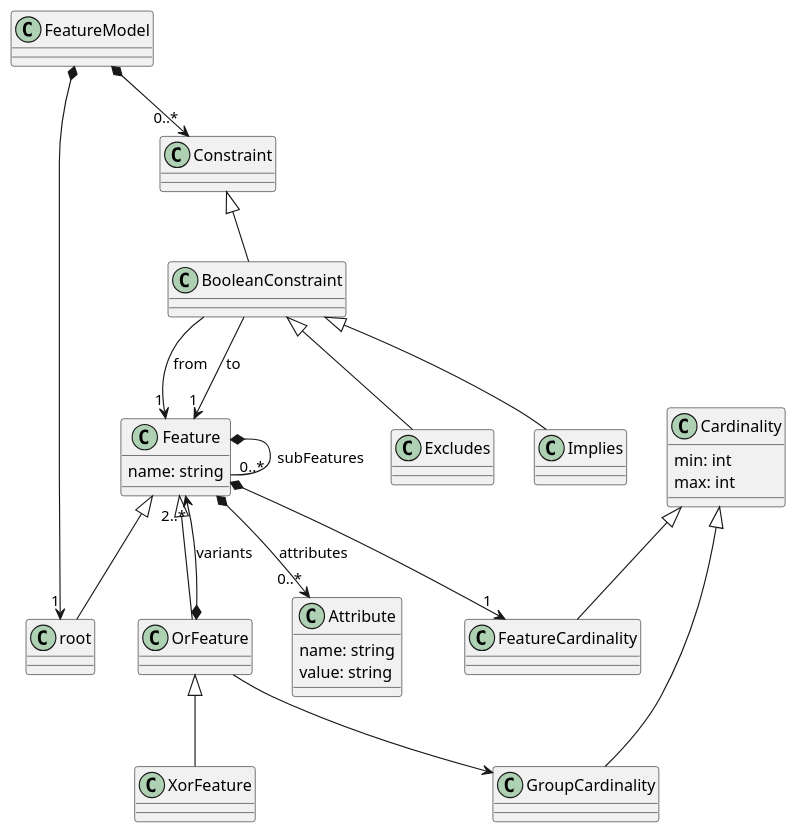
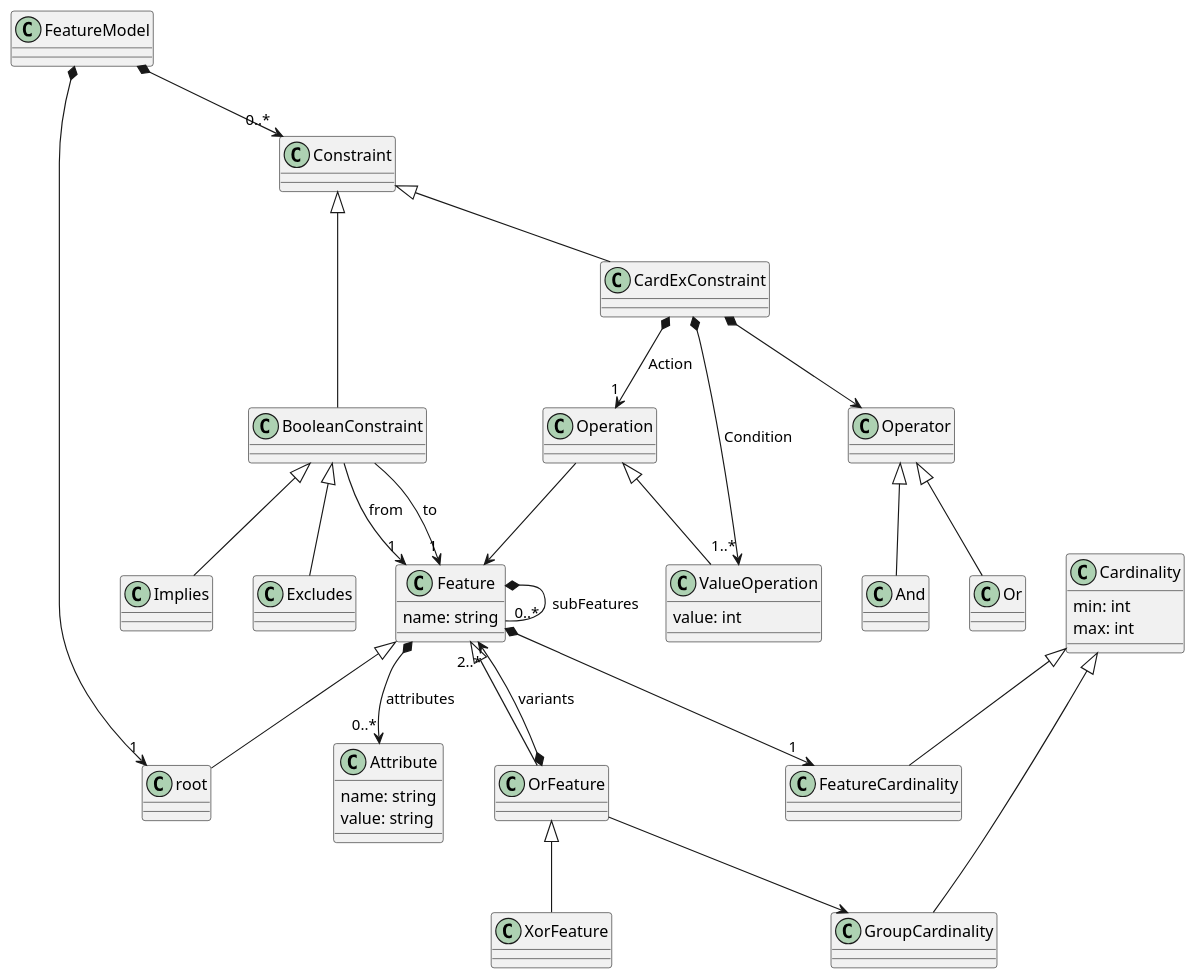
One commit to qunnn41/SFEA changed the diagram in SFEA/metamodel.puml. Above: the diagram before and after it, drawn with PlantUML. The commit also changed 20 other files, not shown here.

```diff
--- a/SFEA/metamodel.puml
+++ b/SFEA/metamodel.puml
@@ -1,40 +1,54 @@
 @startuml
 
 FeatureModel *--> "1" root
 
 Feature <|-- root
 Feature *-- "0..*" Feature : subFeatures
 
 class Feature {
 name: string
 }
 
 Feature <|-- OrFeature
 OrFeature <|-- XorFeature
 
 class Cardinality {
 min: int
 max: int
 }
 
 Cardinality <|-- GroupCardinality
 Cardinality <|-- FeatureCardinality
 
 class Attribute {
 name: string
 value: string
 }
 
 Feature *--> "0..*" Attribute: attributes
 Feature *--> "1" FeatureCardinality
 OrFeature *--> "2..*" Feature : variants
 OrFeature --> GroupCardinality
 
 FeatureModel *--> "0..*" Constraint
 Constraint <|-- BooleanConstraint
 BooleanConstraint --> "1" Feature : from
 BooleanConstraint --> "1" Feature : to
 BooleanConstraint <|-- Implies
 BooleanConstraint <|-- Excludes
+Constraint <|-- CardExConstraint
+
+CardExConstraint *--> "1" Operation : Action
+CardExConstraint *--> "1..*" ValueOperation : Condition
+
+class ValueOperation {
+value: int
+}
+
+CardExConstraint *--> Operator
+Operator <|-- And
+Operator <|-- Or
+Operation <|-- ValueOperation
+Operation --> Feature
 
 @enduml
```
